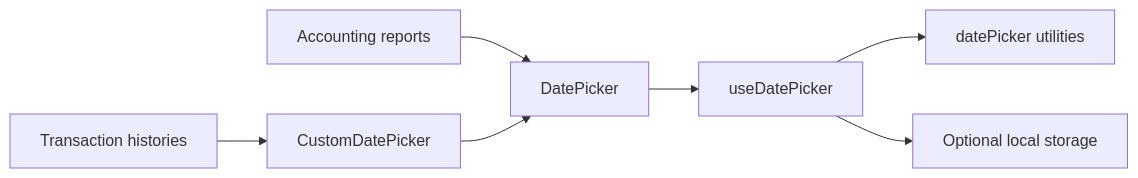
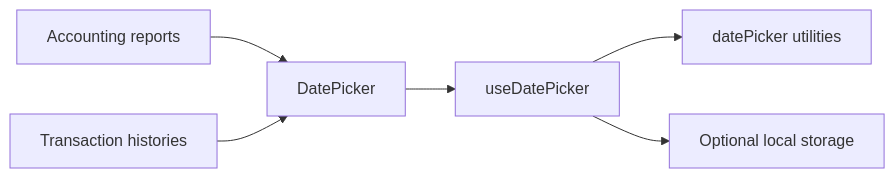
The diagram in docs/implementation/date-picker/README.md (globe-and-citizen/cnc-portal), drawn with Mermaid before and after one commit. The commit also changed other lines of this file and 22 other files, not shown here.

Commit message:
refactor: ♻️ normalize transaction history date filters

````diff
--- a/docs/implementation/date-picker/README.md
+++ b/docs/implementation/date-picker/README.md
@@ -15,9 +16,8 @@
 ```mermaid
 flowchart LR
   reports[Accounting reports] --> picker[DatePicker]
-  histories[Transaction histories] --> adapter[CustomDatePicker]
-  adapter --> picker
+  histories[Transaction histories] --> picker[DatePicker]
   picker --> state[useDatePicker]
   state --> presets[datePicker utilities]
   state --> storage[Optional local storage]
 ```
````
